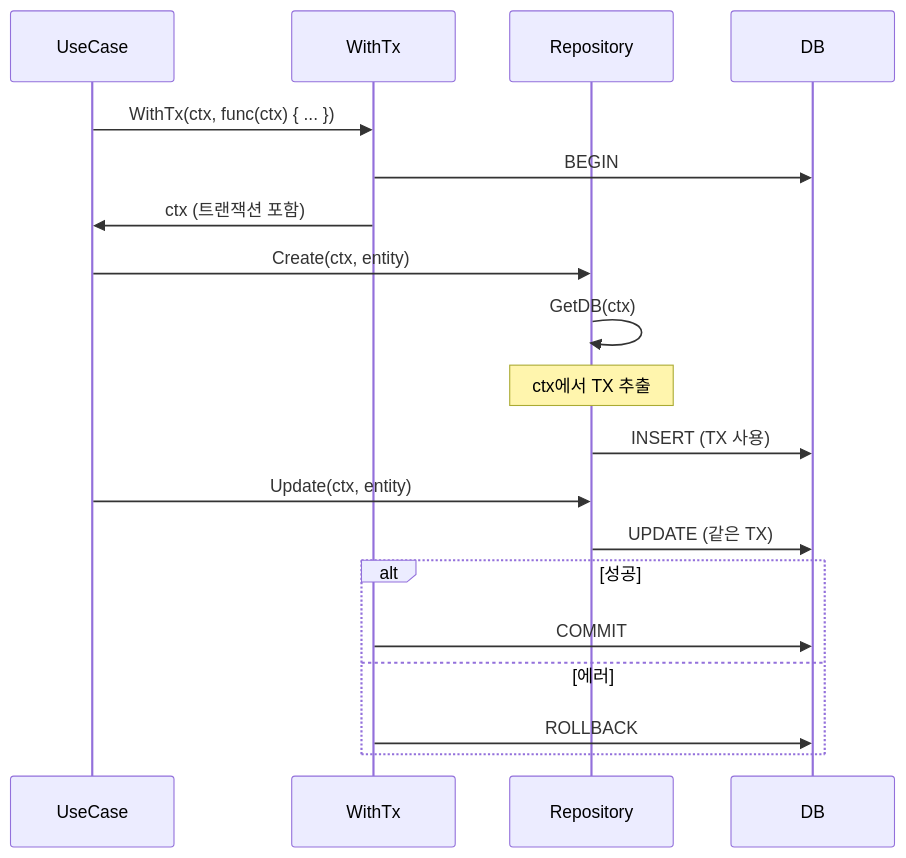
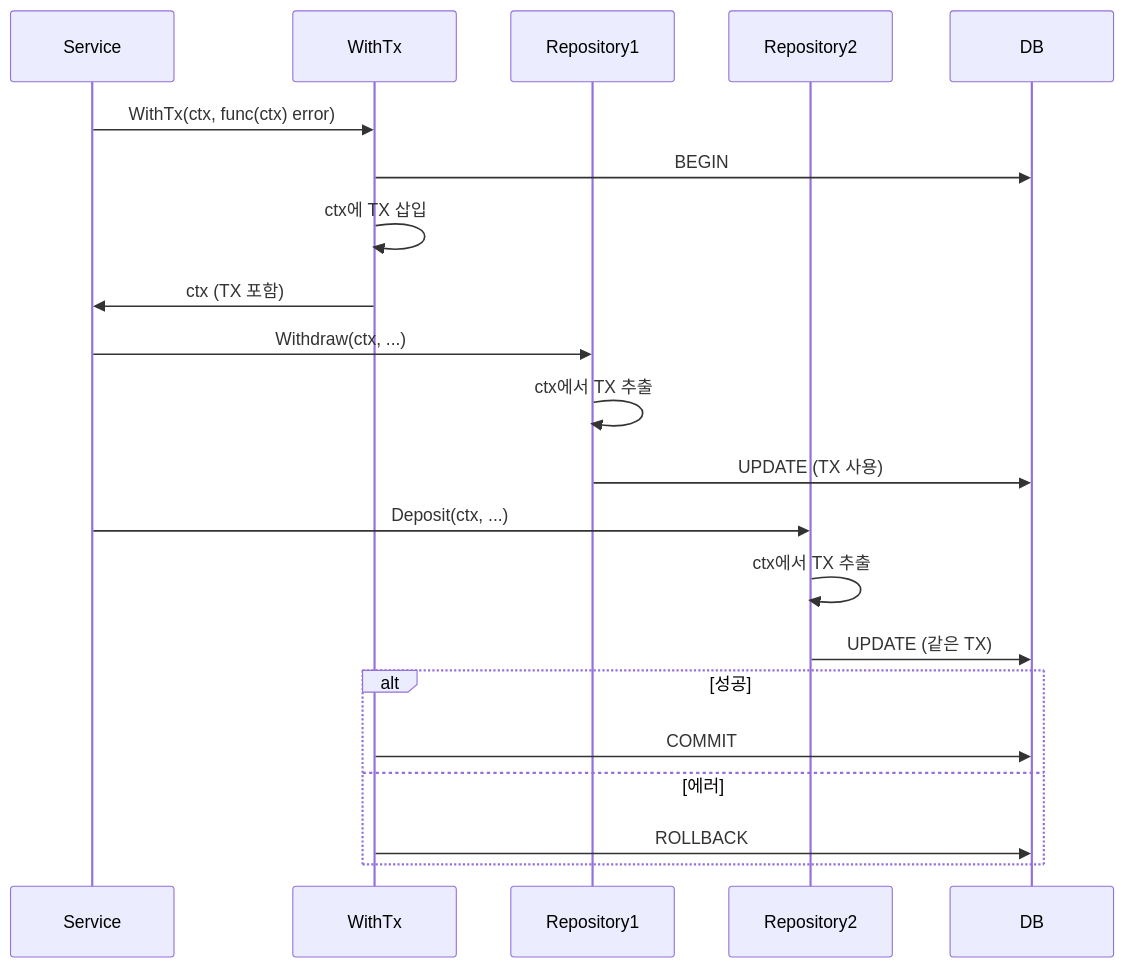
One commit to KimSeogyu/KimSeogyu.github.io changed the second of 2 diagrams in src/content/backend/go/enterprise-go-5-database.md. Above: the diagram before and after it, drawn with Mermaid. The commit also changed other lines of this file and 7 other files, not shown here.

````diff
--- a/src/content/backend/go/enterprise-go-5-database.md
+++ b/src/content/backend/go/enterprise-go-5-database.md
@@ -70,25 +61,28 @@
 ```mermaid
 sequenceDiagram
-    participant UseCase
+    participant Service
     participant WithTx
-    participant Repository
+    participant Repository1
+    participant Repository2
     participant DB
     
-    UseCase->>WithTx: WithTx(ctx, func(ctx) { ... })
+    Service->>WithTx: WithTx(ctx, func(ctx) error)
     WithTx->>DB: BEGIN
-    WithTx->>UseCase: ctx (트랜잭션 포함)
+    WithTx->>WithTx: ctx에 TX 삽입
     
-    UseCase->>Repository: Create(ctx, entity)
-    Repository->>Repository: GetDB(ctx)
-    Note over Repository: ctx에서 TX 추출
-    Repository->>DB: INSERT (TX 사용)
+    WithTx->>Service: ctx (TX 포함)
     
-    UseCase->>Repository: Update(ctx, entity)
-    Repository->>DB: UPDATE (같은 TX)
+    Service->>Repository1: Withdraw(ctx, ...)
+    Repository1->>Repository1: ctx에서 TX 추출
+    Repository1->>DB: UPDATE (TX 사용)
+    
+    Service->>Repository2: Deposit(ctx, ...)
+    Repository2->>Repository2: ctx에서 TX 추출
+    Repository2->>DB: UPDATE (같은 TX)
     
     alt 성공
         WithTx->>DB: COMMIT
     else 에러
         WithTx->>DB: ROLLBACK
     end
 ```
````
